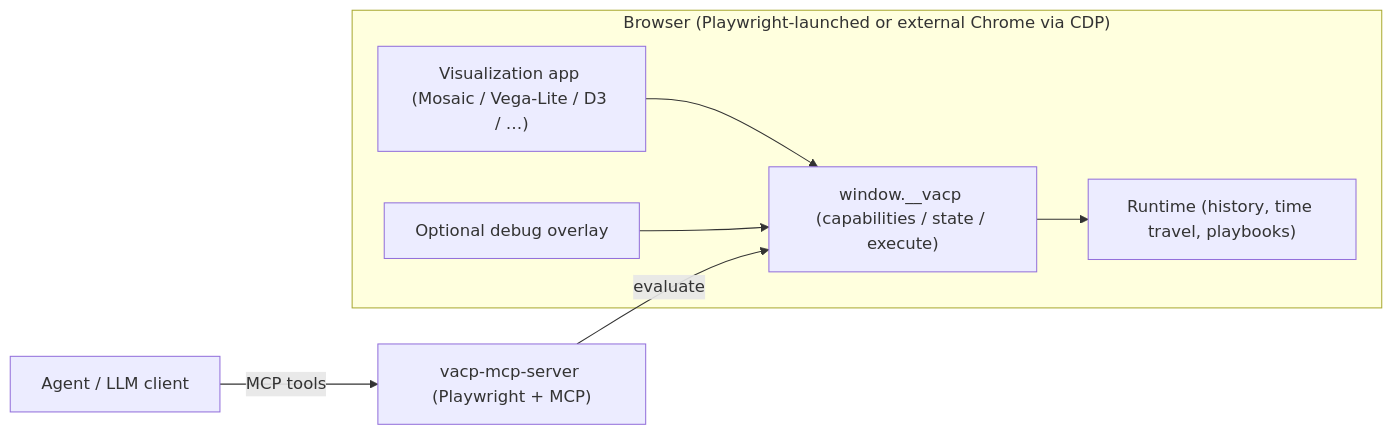
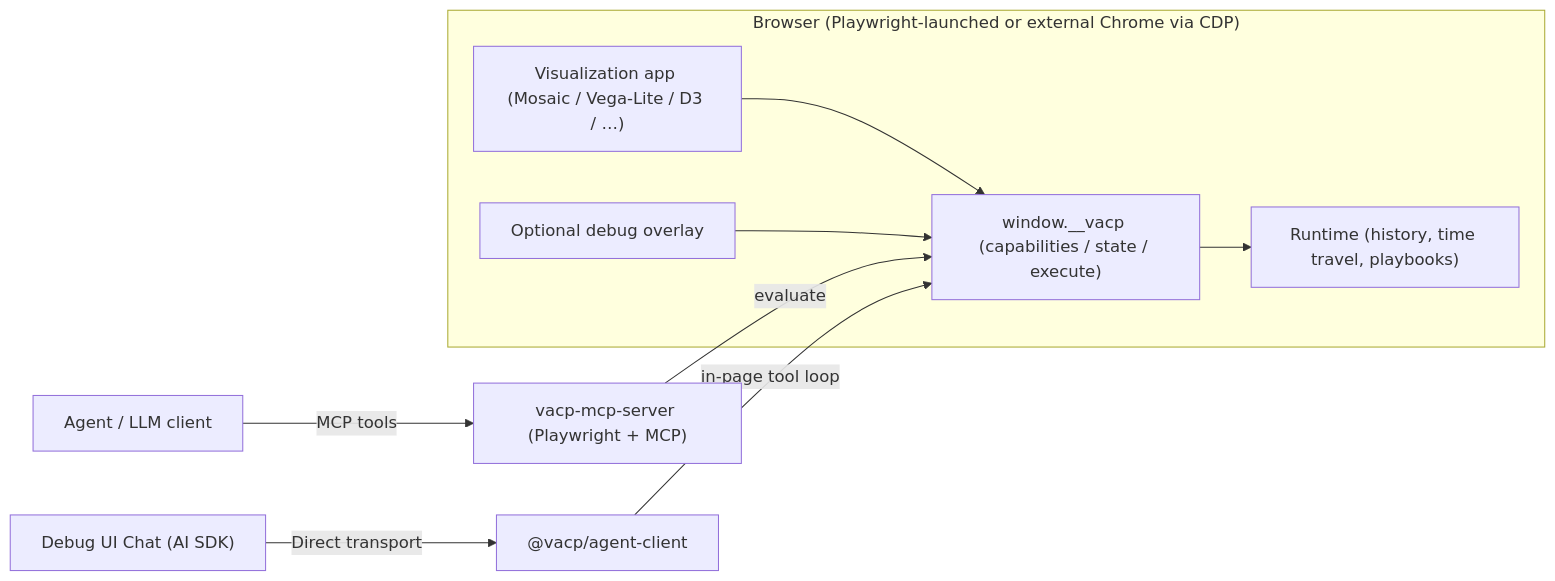
Before and after one commit to ETH-IVIA-Lab/VACP: the first of 3 diagrams in ARCHITECTURE.md, drawn with Mermaid. The commit also changed other lines of this file and 2 other files, not shown here.

Commit message:
docs: update transport architecture

````diff
--- a/ARCHITECTURE.md
+++ b/ARCHITECTURE.md
@@ -17,17 +17,19 @@
 ```mermaid
 flowchart LR
   Agent["Agent / LLM client"] -->|MCP tools| MCP["vacp-mcp-server (Playwright + MCP)"]
+  DebugChat["Debug UI Chat (AI SDK)"] -->|Direct transport| ClientAgent["@vacp/agent-client"]
 
   subgraph Browser["Browser (Playwright-launched or external Chrome via CDP)"]
     App["Visualization app (Mosaic / Vega-Lite / D3 / …)"]
     Bridge["window.__vacp (capabilities / state / execute)"]
     Runtime["Runtime (history, time travel, playbooks)"]
     Debug["Optional debug overlay"]
 
     App --> Bridge
     Bridge --> Runtime
     Debug --> Bridge
   end
 
   MCP -->|evaluate| Bridge
+  ClientAgent -->|in-page tool loop| Bridge
 ```
````
